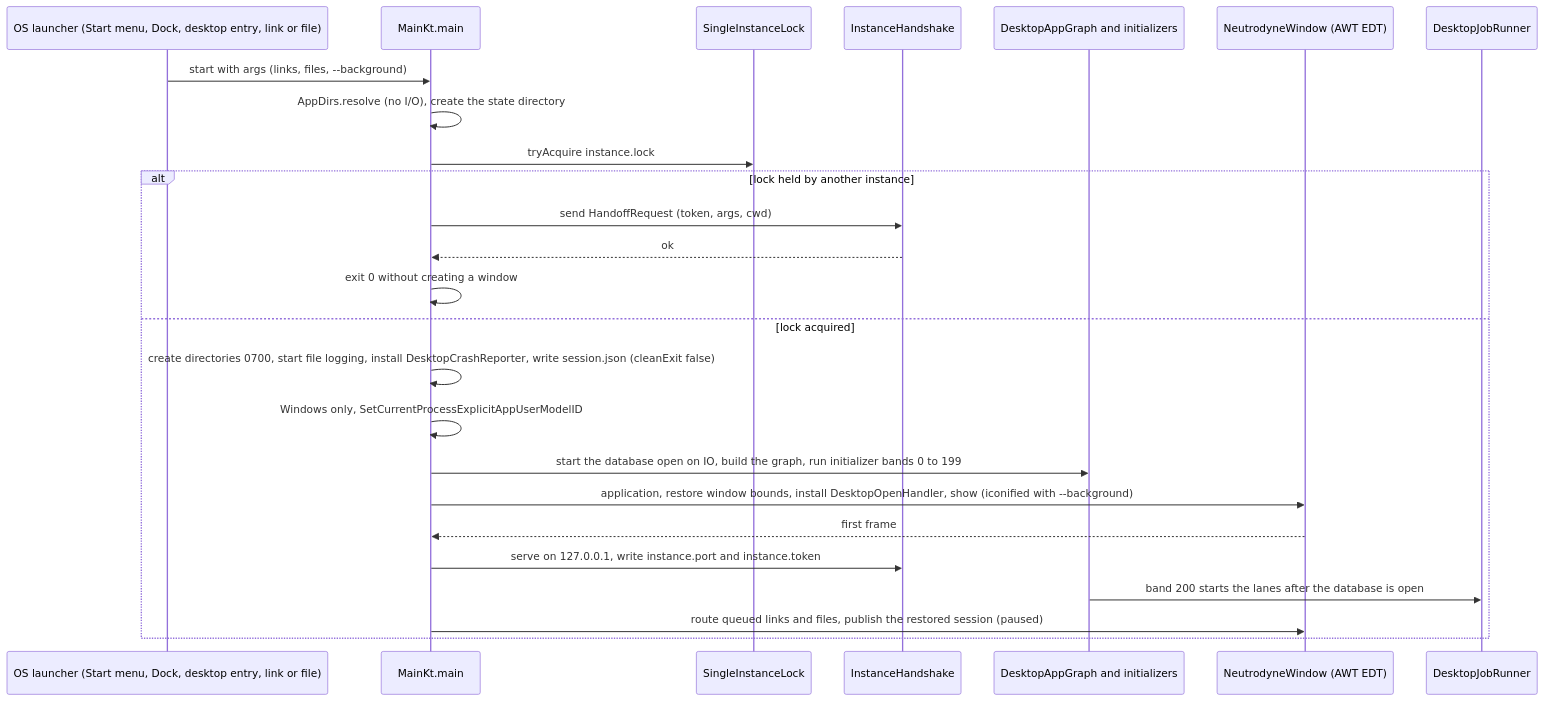
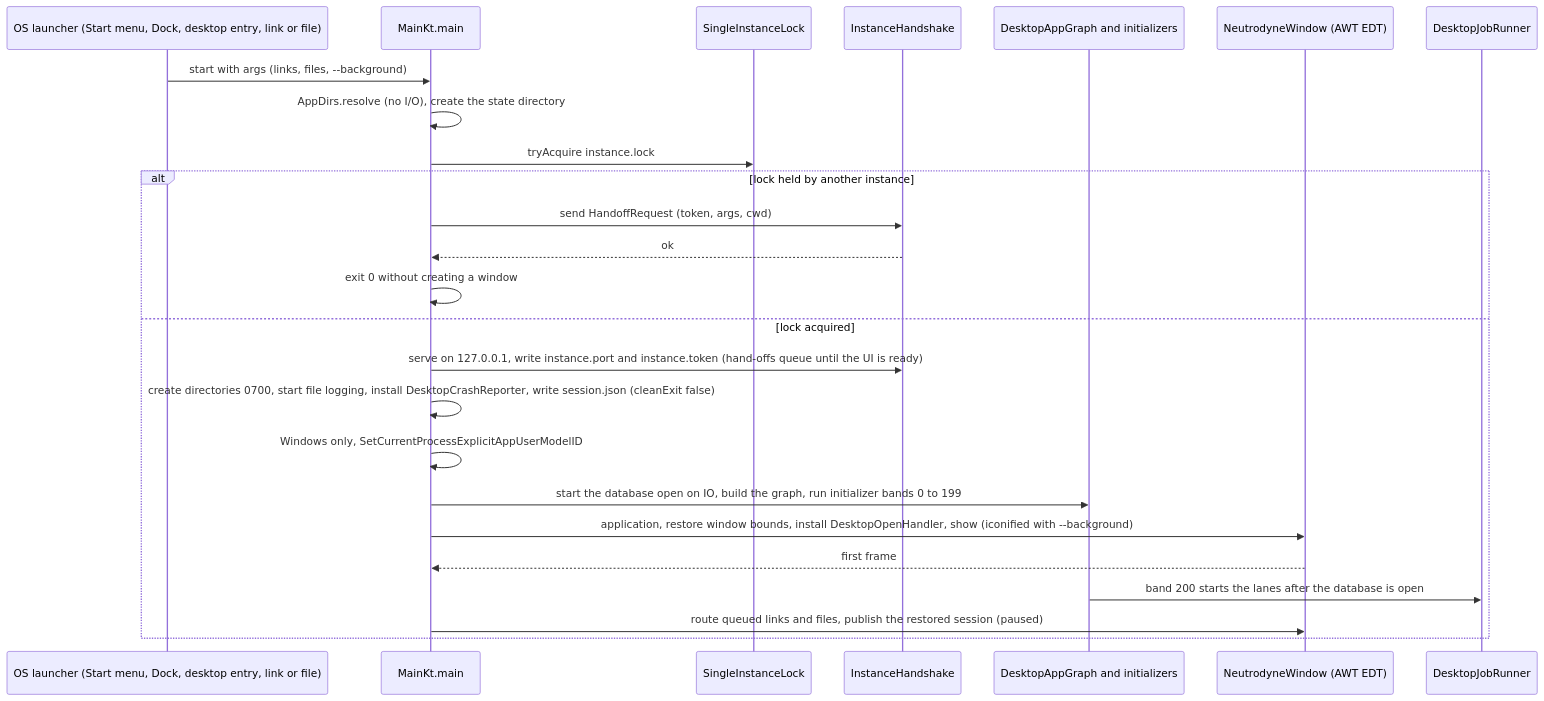
One commit to BigBoyDevBox/Neutrodyne changed the first of 7 diagrams in docs/design/11-desktop.md. Above: the diagram before and after it, drawn with Mermaid. The commit also changed other lines of this file, not shown here.

````diff
--- a/docs/design/11-desktop.md
+++ b/docs/design/11-desktop.md
@@ -154,27 +154,27 @@
 ```mermaid
 sequenceDiagram
   participant OS as OS launcher (Start menu, Dock, desktop entry, link or file)
   participant M as MainKt.main
   participant L as SingleInstanceLock
   participant H as InstanceHandshake
   participant G as DesktopAppGraph and initializers
   participant W as NeutrodyneWindow (AWT EDT)
   participant R as DesktopJobRunner
   OS->>M: start with args (links, files, --background)
   M->>M: AppDirs.resolve (no I/O), create the state directory
   M->>L: tryAcquire instance.lock
   alt lock held by another instance
     M->>H: send HandoffRequest (token, args, cwd)
     H-->>M: ok
     M->>M: exit 0 without creating a window
   else lock acquired
+    M->>H: serve on 127.0.0.1, write instance.port and instance.token (hand-offs queue until the UI is ready)
     M->>M: create directories 0700, start file logging, install DesktopCrashReporter, write session.json (cleanExit false)
     M->>M: Windows only, SetCurrentProcessExplicitAppUserModelID
     M->>G: start the database open on IO, build the graph, run initializer bands 0 to 199
     M->>W: application, restore window bounds, install DesktopOpenHandler, show (iconified with --background)
     W-->>M: first frame
-    M->>H: serve on 127.0.0.1, write instance.port and instance.token
     G->>R: band 200 starts the lanes after the database is open
     M->>W: route queued links and files, publish the restored session (paused)
   end
 ```
````
